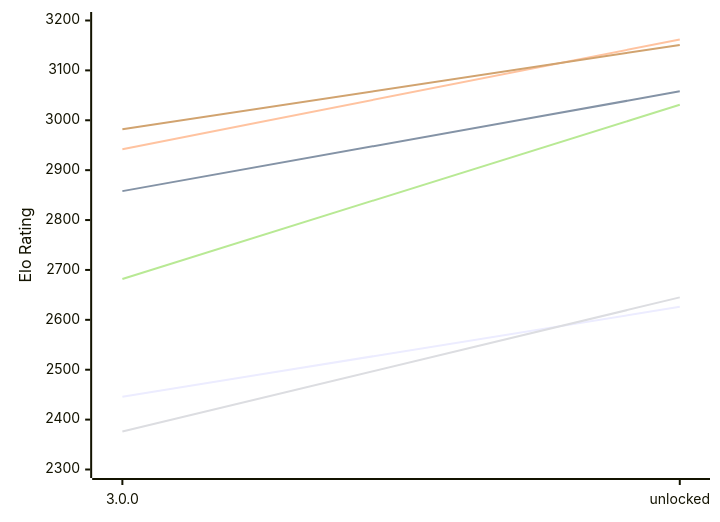
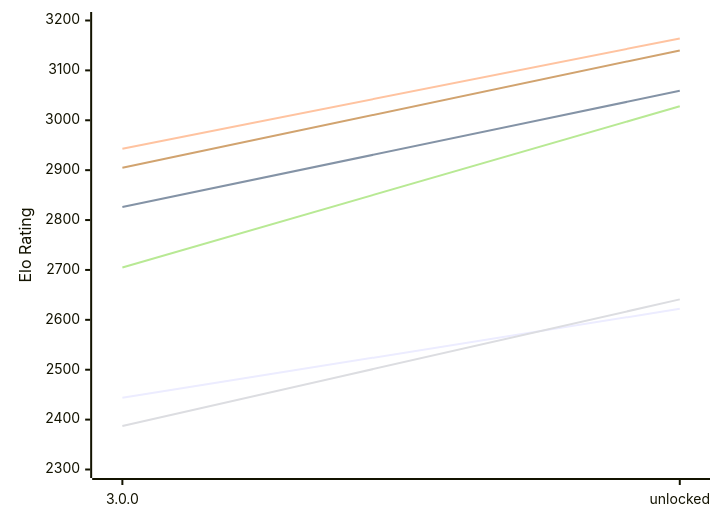
The first of 2 diagrams in engines/Potential.md (computer-chess-index/cci), drawn with Mermaid before and after one commit. The commit also changed other lines of this file, not shown here.

Commit message:
Update CCI Ratings (ELO VLTC) - 2026-11-15

````diff
--- a/engines/Potential.md
+++ b/engines/Potential.md
@@ -51,12 +51,12 @@
 ```mermaid
 %%{init: {"theme":"base","themeVariables":{"seriesColors:['#a3a3a3','#222221','#faa371']}}}%%
 xychart-beta
   x-axis ["3.0.0", "unlocked"]
   y-axis "Elo Rating" 2300 --> 3200
-  line "E1: STC (8.0+0.08s)" [2446, 2626]
-  line "E1: LTC (60.0+0.60s)" [2858, 3058]
-  line "E1: VLTC (2m24s+1.12s)" [2942, 3162]
-  line "P1: STC (8.0+0.08s)" [2376, 2645]
-  line "P1: LTC (60.0+0.60s)" [2682, 3031]
-  line "P1: VLTC (2m24s+1.12s)" [2982, 3151]
+  line "E1: STC (8.0+0.08s)" [2444, 2622]
+  line "E1: LTC (60.0+0.60s)" [2826, 3059]
+  line "E1: VLTC (2m24s+1.12s)" [2943, 3164]
+  line "P1: STC (8.0+0.08s)" [2387, 2641]
+  line "P1: LTC (60.0+0.60s)" [2705, 3028]
+  line "P1: VLTC (2m24s+1.12s)" [2905, 3140]
 ```
````
